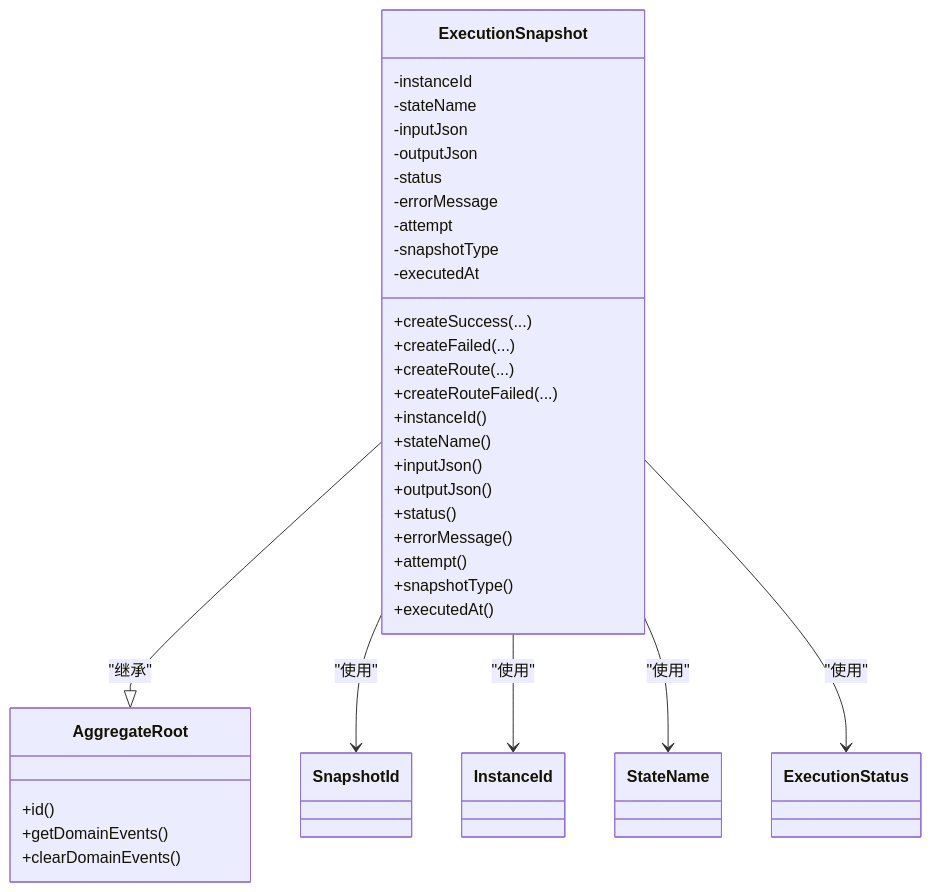
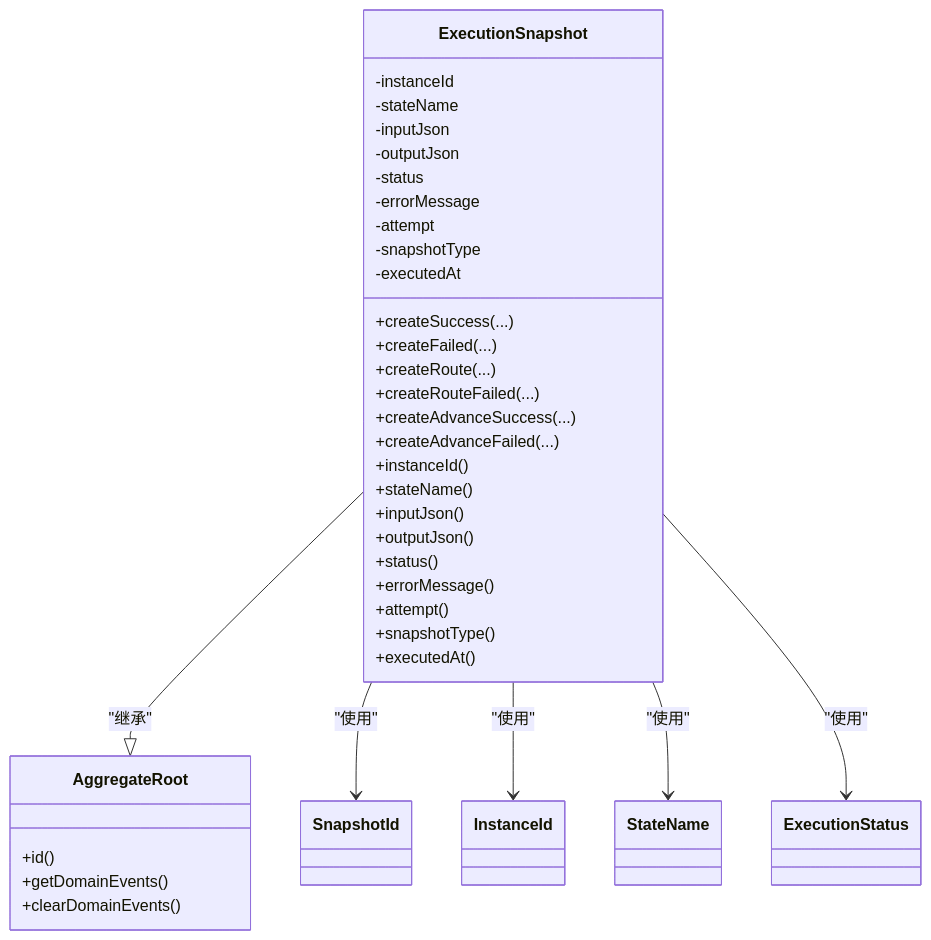
Before and after one commit to xiaoche80s-tech/state-machine-parent: the third of 6 diagrams in .qoder/repowiki/zh/content/快照与恢复/执行快照设计.md, drawn with Mermaid. The commit also changed other lines of this file and 7 other files, not shown here.

````diff
--- a/.qoder/repowiki/zh/content/快照与恢复/执行快照设计.md
+++ b/.qoder/repowiki/zh/content/快照与恢复/执行快照设计.md
@@ -170,41 +197,43 @@
 ```mermaid
 classDiagram
 class AggregateRoot {
 +id()
 +getDomainEvents()
 +clearDomainEvents()
 }
 class ExecutionSnapshot {
 -instanceId
 -stateName
 -inputJson
 -outputJson
 -status
 -errorMessage
 -attempt
 -snapshotType
 -executedAt
 +createSuccess(...)
 +createFailed(...)
 +createRoute(...)
 +createRouteFailed(...)
++createAdvanceSuccess(...)
++createAdvanceFailed(...)
 +instanceId()
 +stateName()
 +inputJson()
 +outputJson()
 +status()
 +errorMessage()
 +attempt()
 +snapshotType()
 +executedAt()
 }
 class SnapshotId
 class InstanceId
 class StateName
 class ExecutionStatus
 ExecutionSnapshot --|> AggregateRoot : "继承"
 ExecutionSnapshot --> SnapshotId : "使用"
 ExecutionSnapshot --> InstanceId : "使用"
 ExecutionSnapshot --> StateName : "使用"
 ExecutionSnapshot --> ExecutionStatus : "使用"
 ```
````
